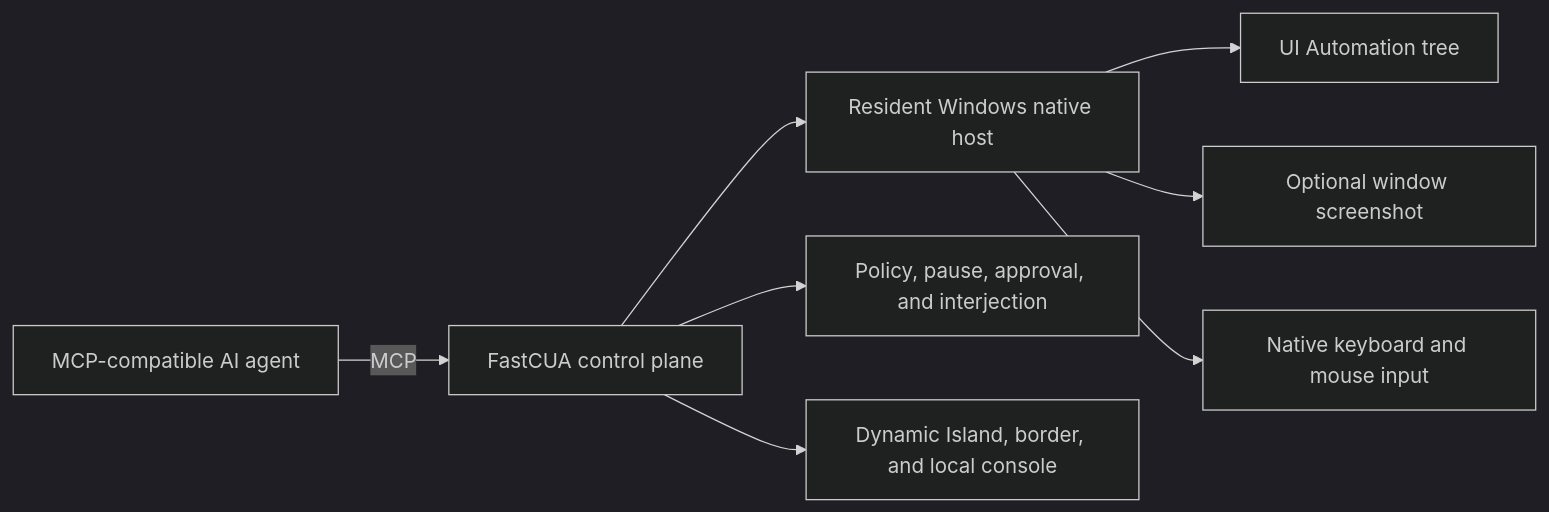
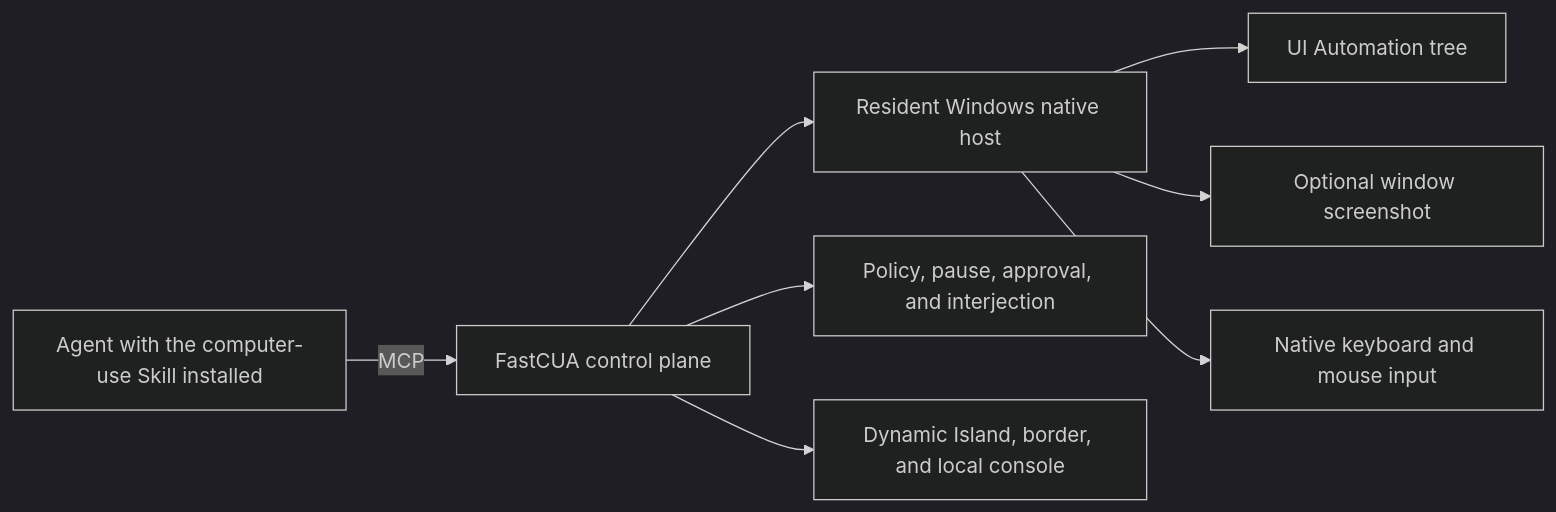
Before and after one commit to Guojiz/FastCUA: the diagram in README.md, drawn with Mermaid (dark theme). The commit also changed other lines of this file, not shown here.

Commit message:
Require complete Skill and MCP installation in English docs

````diff
--- a/README.md
+++ b/README.md
@@ -111,10 +119,10 @@
 ```mermaid
 flowchart LR
-  A["MCP-compatible AI agent"] -->|"MCP"| B["FastCUA control plane"]
+  A["Agent with the computer-use Skill installed"] -->|"MCP"| B["FastCUA control plane"]
   B --> C["Resident Windows native host"]
   C --> D["UI Automation tree"]
   C --> E["Optional window screenshot"]
   C --> F["Native keyboard and mouse input"]
   B --> G["Policy, pause, approval, and interjection"]
   B --> H["Dynamic Island, border, and local console"]
 ```
````
